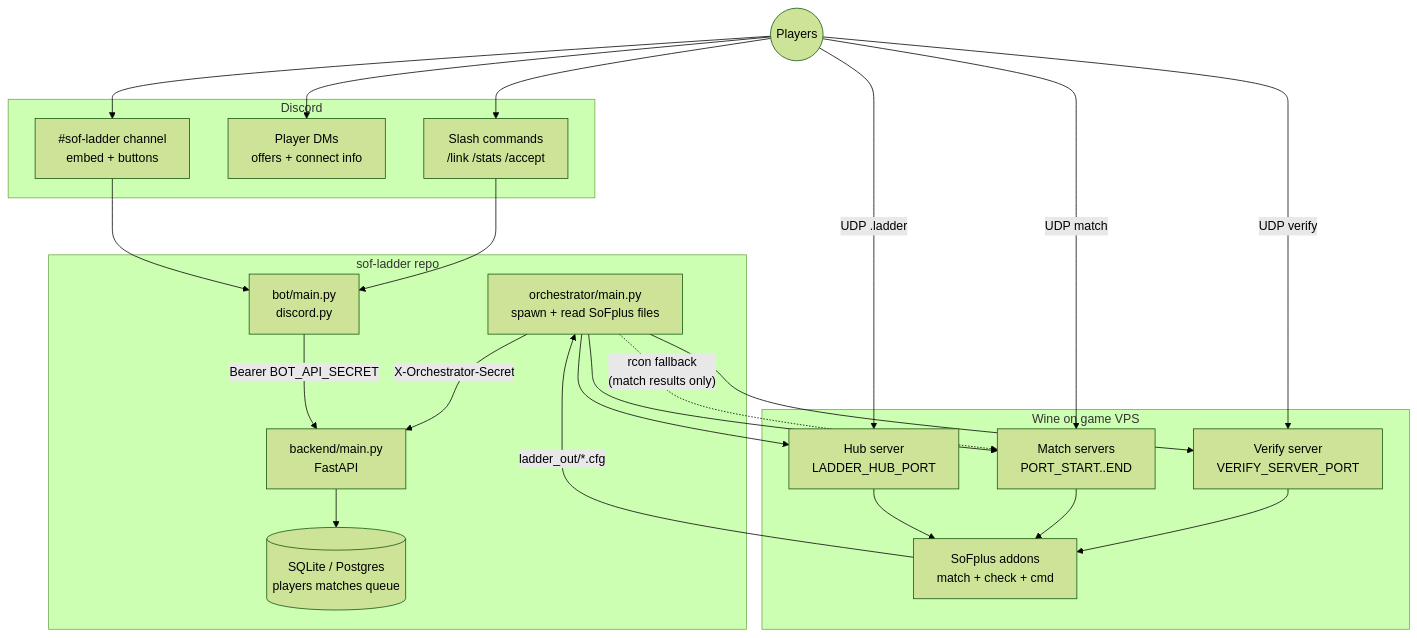
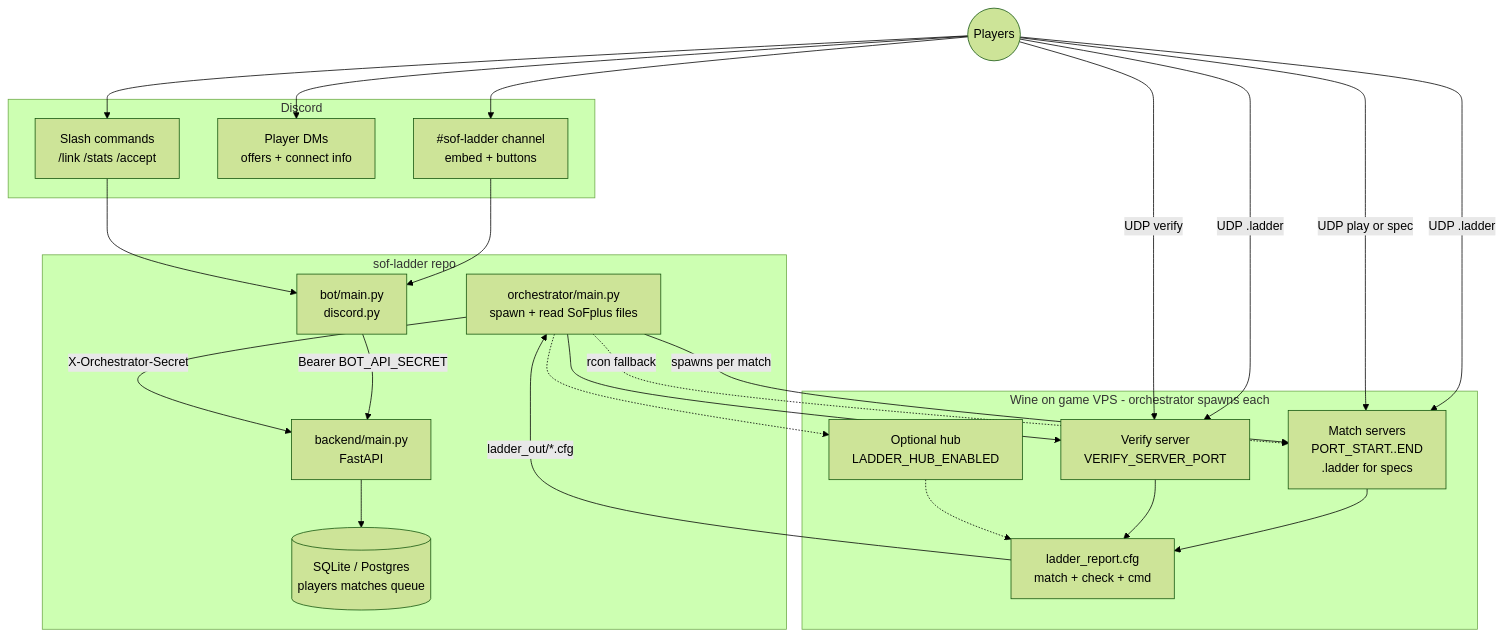
One commit to d3nd3/sof-ladder changed the first of 10 diagrams in README.md. Above: the diagram before and after it, drawn with Mermaid (forest theme). The commit also changed other lines of this file and 10 other files, not shown here.

````diff
--- a/README.md
+++ b/README.md
@@ -9,44 +9,45 @@
 ```mermaid
 flowchart TB
   subgraph discord [Discord]
     LadderChannel["#sof-ladder channel\nembed + buttons"]
     DMs["Player DMs\noffers + connect info"]
     Slash["Slash commands\n/link /stats /accept"]
   end
 
   subgraph sof_ladder [sof-ladder repo]
     Bot["bot/main.py\ndiscord.py"]
     API["backend/main.py\nFastAPI"]
     DB[("SQLite / Postgres\nplayers matches queue")]
     Orch["orchestrator/main.py\nspawn + read SoFplus files"]
   end
 
-  subgraph game_host [Wine on game VPS]
-    HubSrv["Hub server\nLADDER_HUB_PORT"]
-    MatchSrv["Match servers\nPORT_START..END"]
+  subgraph game_host [Wine on game VPS - orchestrator spawns each]
+    MatchSrv["Match servers\nPORT_START..END\n.ladder for specs"]
     VerifySrv["Verify server\nVERIFY_SERVER_PORT"]
-    SoFplus["SoFplus addons\nmatch + check + cmd"]
+    HubSrv["Optional hub\nLADDER_HUB_ENABLED"]
+    SoFplus["ladder_report.cfg\nmatch + check + cmd"]
   end
 
   Players((Players))
 
   Players --> LadderChannel
   Players --> Slash
   Players --> DMs
   LadderChannel --> Bot
   Slash --> Bot
   Bot -->|"Bearer BOT_API_SECRET"| API
   API --> DB
   Orch -->|"X-Orchestrator-Secret"| API
-  Orch --> MatchSrv
-  Orch --> HubSrv
+  Orch -->|"spawns per match"| MatchSrv
   Orch --> VerifySrv
-  HubSrv --> SoFplus
+  Orch -.-> HubSrv
   MatchSrv --> SoFplus
   VerifySrv --> SoFplus
+  HubSrv -.-> SoFplus
   SoFplus -->|"ladder_out/*.cfg"| Orch
-  Orch -.->|"rcon fallback\n(match results only)"| MatchSrv
-  Players -->|"UDP .ladder"| HubSrv
+  Orch -.->|"rcon fallback"| MatchSrv
+  Players -->|"UDP .ladder"| MatchSrv
+  Players -->|"UDP .ladder"| VerifySrv
   Players -->|"UDP verify"| VerifySrv
-  Players -->|"UDP match"| MatchSrv
+  Players -->|"UDP play or spec"| MatchSrv
 ```
````
